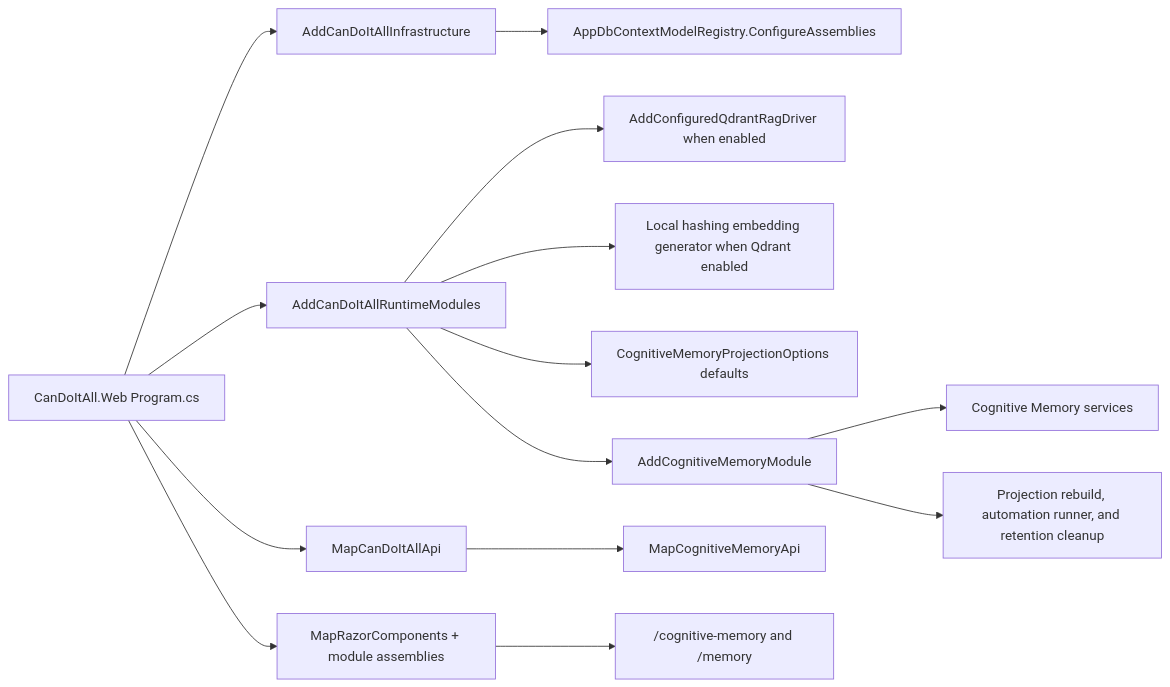
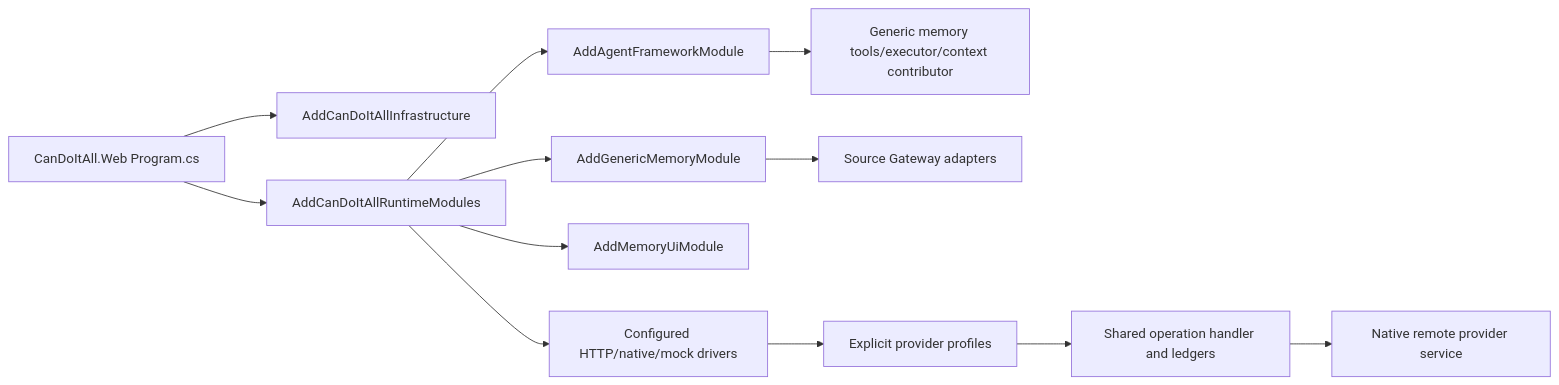
One commit to fyziktom/CanDoItAll changed the diagram in docs/cognitive-memory/current-state/implementation-map.md. Above: the diagram before and after it, drawn with Mermaid. The commit also changed other lines of this file and 211 other files, not shown here.

````diff
--- a/docs/cognitive-memory/current-state/implementation-map.md
+++ b/docs/cognitive-memory/current-state/implementation-map.md
@@ -30,16 +22,14 @@
 ```mermaid
 flowchart LR
     Program["CanDoItAll.Web Program.cs"] --> Infrastructure["AddCanDoItAllInfrastructure"]
-    Infrastructure --> ModelRegistry["AppDbContextModelRegistry.ConfigureAssemblies"]
     Program --> Composition["AddCanDoItAllRuntimeModules"]
-    Composition --> Qdrant["AddConfiguredQdrantRagDriver when enabled"]
-    Composition --> LocalEmbedding["Local hashing embedding generator when Qdrant enabled"]
-    Composition --> ProjectionDefaults["CognitiveMemoryProjectionOptions defaults"]
-    Composition --> Module["AddCognitiveMemoryModule"]
-    Module --> Services["Cognitive Memory services"]
-    Module --> Operations["Projection rebuild, automation runner, and retention cleanup"]
-    Program --> Api["MapCanDoItAllApi"]
-    Api --> CognitiveApi["MapCognitiveMemoryApi"]
-    Program --> Razor["MapRazorComponents + module assemblies"]
-    Razor --> Page["/cognitive-memory and /memory"]
+    Composition --> GenericMemory["AddGenericMemoryModule"]
+    Composition --> ProviderDrivers["Configured HTTP/native/mock drivers"]
+    Composition --> MemoryUi["AddMemoryUiModule"]
+    Composition --> MAF["AddAgentFrameworkModule"]
+    MAF --> MemoryTools["Generic memory tools/executor/context contributor"]
+    GenericMemory --> SourceGateway["Source Gateway adapters"]
+    ProviderDrivers --> Profiles["Explicit provider profiles"]
+    Profiles --> Runtime["Shared operation handler and ledgers"]
+    Runtime --> OptionalNative["Native remote provider service"]
 ```
````
